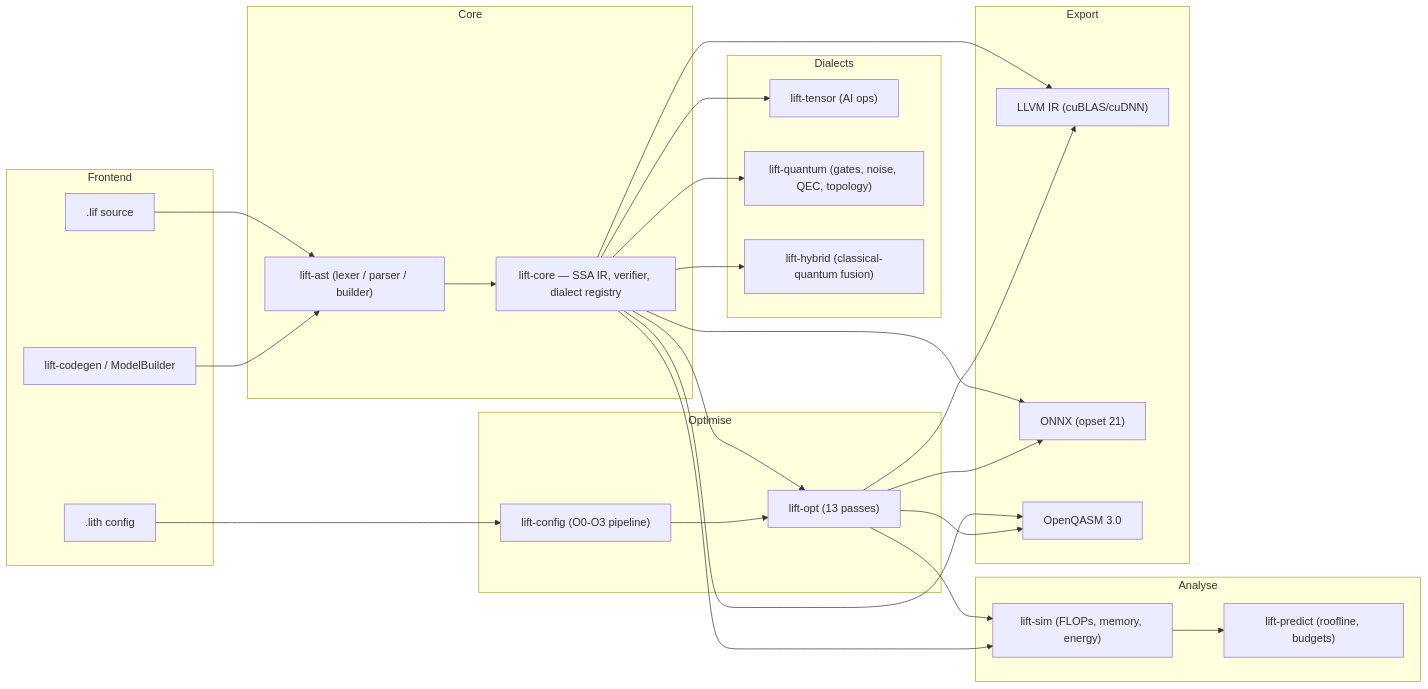
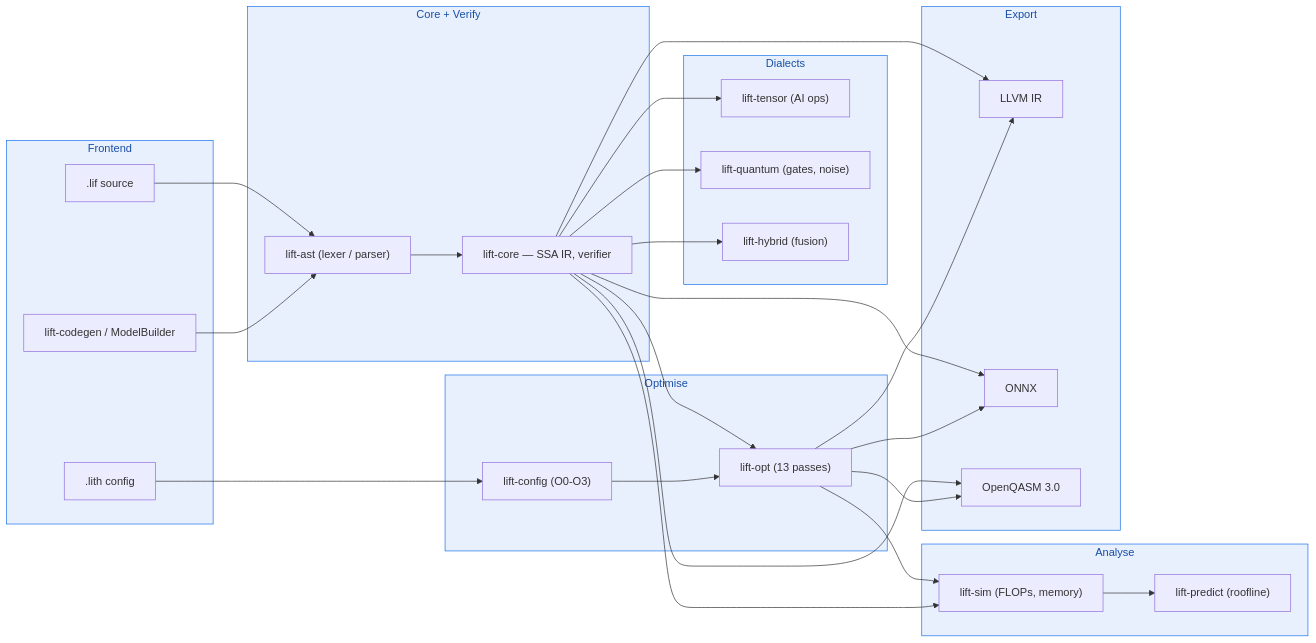
One commit to rustnew/Litf-IR changed the first of 3 diagrams in README.md. Above: the diagram before and after it, drawn with Mermaid. The commit also changed other lines of this file, not shown here.

First line of the commit message:
docs: add vision, roadmap, and layer-graph diagrams to README

````diff
--- a/README.md
+++ b/README.md
@@ -34,48 +62,51 @@
 ```mermaid
 flowchart LR
-    subgraph Frontend
+    subgraph Frontend["Frontend"]
         LIF[".lif source"]
         LITH[".lith config"]
         CODGEN["lift-codegen / ModelBuilder"]
     end
 
-    subgraph Core
-        AST["lift-ast (lexer / parser / builder)"]
-        IR["lift-core — SSA IR, verifier, dialect registry"]
+    subgraph Core["Core + Verify"]
+        AST["lift-ast (lexer / parser)"]
+        IR["lift-core — SSA IR, verifier"]
     end
 
-    subgraph Dialects
+    subgraph Dialects["Dialects"]
         TEN["lift-tensor (AI ops)"]
-        QUA["lift-quantum (gates, noise, QEC, topology)"]
-        HYB["lift-hybrid (classical-quantum fusion)"]
+        QUA["lift-quantum (gates, noise)"]
+        HYB["lift-hybrid (fusion)"]
     end
 
-    subgraph Optimise
-        CFG["lift-config (O0-O3 pipeline)"]
+    subgraph Optimise["Optimise"]
+        CFG["lift-config (O0-O3)"]
         OPT["lift-opt (13 passes)"]
     end
 
-    subgraph Analyse
-        SIM["lift-sim (FLOPs, memory, energy)"]
-        PRED["lift-predict (roofline, budgets)"]
+    subgraph Analyse["Analyse"]
+        SIM["lift-sim (FLOPs, memory)"]
+        PRED["lift-predict (roofline)"]
     end
 
-    subgraph Export
-        LLVM["LLVM IR (cuBLAS/cuDNN)"]
-        ONNX["ONNX (opset 21)"]
+    subgraph Export["Export"]
+        LLVM["LLVM IR"]
+        ONNX["ONNX"]
         QASM["OpenQASM 3.0"]
     end
 
     LIF --> AST
     LITH --> CFG
     CODGEN --> AST
     AST --> IR
     IR --> TEN & QUA & HYB
     IR --> OPT
     CFG --> OPT
     OPT --> SIM
     SIM --> PRED
     IR --> SIM
     IR --> LLVM & ONNX & QASM
     OPT --> LLVM & ONNX & QASM
+
+    classDef stage fill:#e8f0fe,stroke:#1a73e8,color:#174ea6;
+    class Frontend,Core,Dialects,Optimise,Analyse,Export stage;
 ```
````
